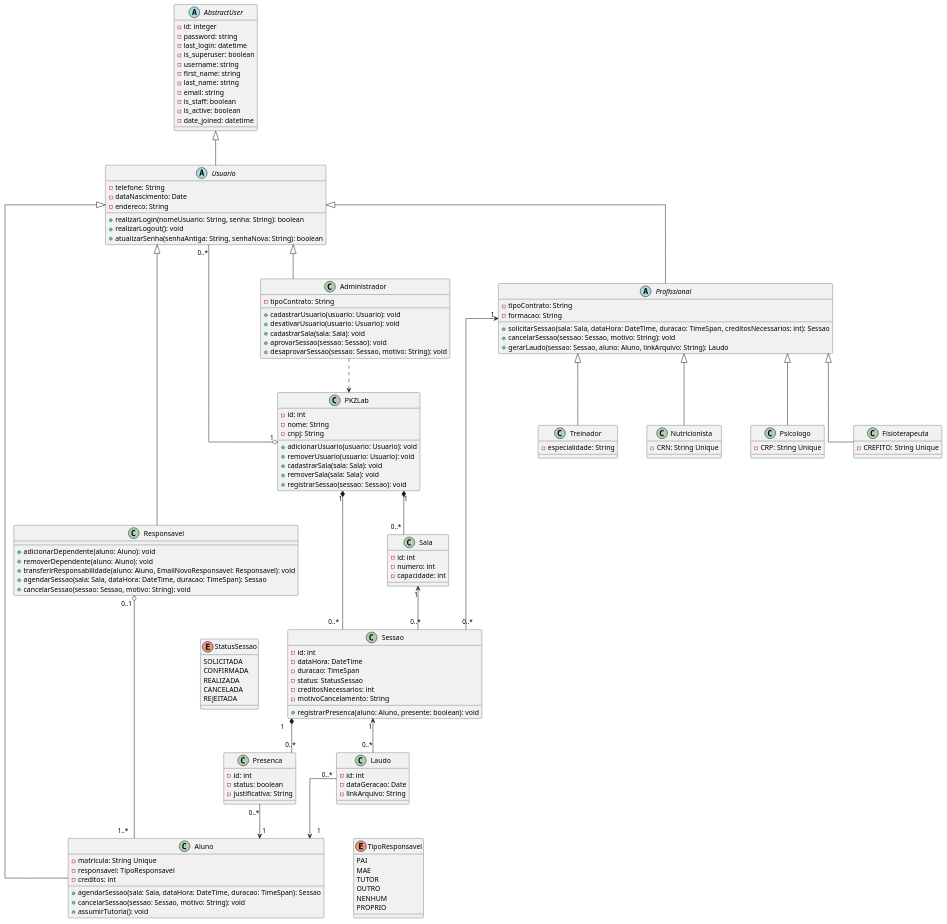
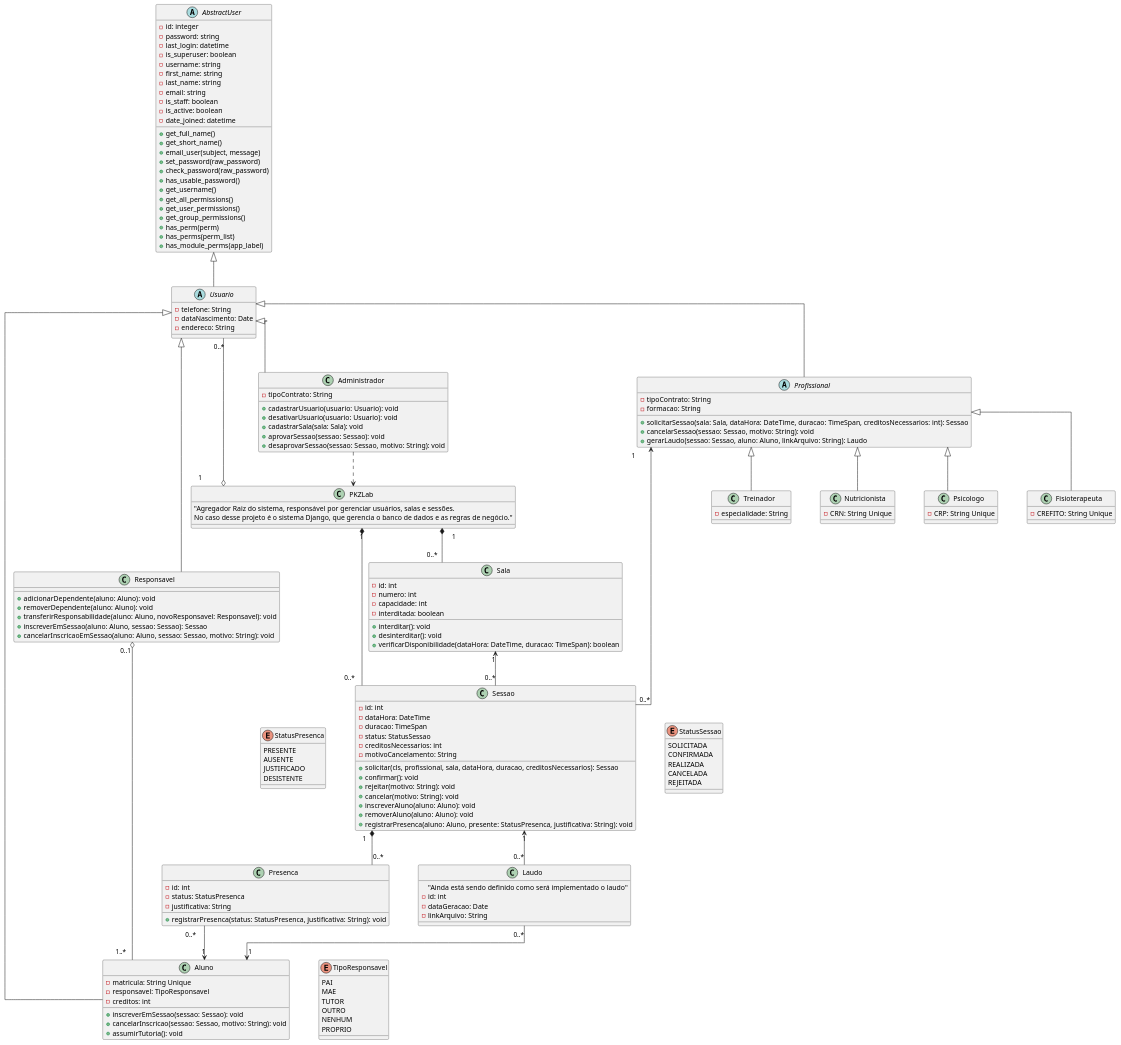
One commit to Projetos-de-Extensao/PECDII_26.2_8001_III changed the diagram in docs/Elaboracao/diagrama_de_classes.puml. Above: the diagram before and after it, drawn with PlantUML.

Commit message:
feat: refatora o diagrama de classes com novas features que passaram despercebidas.

```diff
--- a/docs/Elaboracao/diagrama_de_classes.puml
+++ b/docs/Elaboracao/diagrama_de_classes.puml
@@ -23,18 +23,19 @@
     PROPRIO
 }
 
+enum StatusPresenca {
+    PRESENTE
+    AUSENTE
+    JUSTIFICADO
+    DESISTENTE
+}
+
 ' ==========================================
 ' AGREGADOR RAIZ / SISTEMA (PKZLab)
 ' ==========================================
 class PKZLab {
-    - id: int
-    - nome: String
-    - cnpj: String
-    + adicionarUsuario(usuario: Usuario): void
-    + removerUsuario(usuario: Usuario): void
-    + cadastrarSala(sala: Sala): void
-    + removerSala(sala: Sala): void
-    + registrarSessao(sessao: Sessao): void
+    "Agregador Raiz do sistema, responsável por gerenciar usuários, salas e sessões.
+    No caso desse projeto é o sistema Django, que gerencia o banco de dados e as regras de negócio."
 }
 
 ' ==========================================
@@ -53,15 +54,25 @@
     - is_staff: boolean
     - is_active: boolean
     - date_joined: datetime
+    + get_full_name()
+    + get_short_name()
+    + email_user(subject, message)
+    + set_password(raw_password)
+    + check_password(raw_password)
+    + has_usable_password()
+    + get_username()
+    + get_all_permissions()
+    + get_user_permissions()
+    + get_group_permissions()
+    + has_perm(perm)
+    + has_perms(perm_list)
+    + has_module_perms(app_label)
 }
 
 abstract class Usuario {
     - telefone: String
     - dataNascimento: Date
     - endereco: String
-    + realizarLogin(nomeUsuario: String, senha: String): boolean
-    + realizarLogout(): void
-    + atualizarSenha(senhaAntiga: String, senhaNova: String): boolean
 }
 
 class Administrador {
@@ -76,18 +87,17 @@
 class Responsavel {
     + adicionarDependente(aluno: Aluno): void
     + removerDependente(aluno: Aluno): void
-    + transferirResponsabilidade(aluno: Aluno, EmailNovoResponsavel: Responsavel): void
-    + agendarSessao(sala: Sala, dataHora: DateTime, duracao: TimeSpan): Sessao
-    + cancelarSessao(sessao: Sessao, motivo: String): void
-
+    + transferirResponsabilidade(aluno: Aluno, novoResponsavel: Responsavel): void
+    + inscreverEmSessao(aluno: Aluno, sessao: Sessao): Sessao
+    + cancelarInscricaoEmSessao(aluno: Aluno, sessao: Sessao, motivo: String): void
 }
 
 class Aluno {
     - matricula: String Unique
     - responsavel: TipoResponsavel
     - creditos: int
-    + agendarSessao(sala: Sala, dataHora: DateTime, duracao: TimeSpan): Sessao
-    + cancelarSessao(sessao: Sessao, motivo: String): void
+    + inscreverEmSessao(sessao: Sessao): void
+    + cancelarInscricao(sessao: Sessao, motivo: String): void
     + assumirTutoria(): void
 }
 
@@ -138,6 +148,10 @@
     - id: int
     - numero: int
     - capacidade: int
+    - interditada: boolean
+    + interditar(): void
+    + desinterditar(): void
+    + verificarDisponibilidade(dataHora: DateTime, duracao: TimeSpan): boolean
 }
 
 class Sessao {
@@ -147,16 +161,24 @@
     - status: StatusSessao
     - creditosNecessarios: int
     - motivoCancelamento: String
-    + registrarPresenca(aluno: Aluno, presente: boolean): void
+    + solicitar(cls, profissional, sala, dataHora, duracao, creditosNecessarios): Sessao
+    + confirmar(): void
+    + rejeitar(motivo: String): void
+    + cancelar(motivo: String): void
+    + inscreverAluno(aluno: Aluno): void
+    + removerAluno(aluno: Aluno): void
+    + registrarPresenca(aluno: Aluno, presente: StatusPresenca, justificativa: String): void
 }
 
 class Presenca {
     - id: int
-    - status: boolean
+    - status: StatusPresenca
     - justificativa: String
+    + registrarPresenca(status: StatusPresenca, justificativa: String): void
 }
 
 class Laudo {
+    "Ainda está sendo definido como será implementado o laudo"
     - id: int
     - dataGeracao: Date
     - linkArquivo: String
@@ -180,9 +202,11 @@
 Sessao "1" *-- "0..*" Presenca
 Presenca "0..*" --> "1" Aluno
 
+StatusPresenca -[hidden]right-> Sessao
+
 Sessao "1" <-- "0..*" Laudo
 Laudo "0..*" --> "1" Aluno
 
-StatusSessao -[hidden]right-> Sessao
+StatusSessao -[hidden]left-> Sessao
 
 @enduml
```
